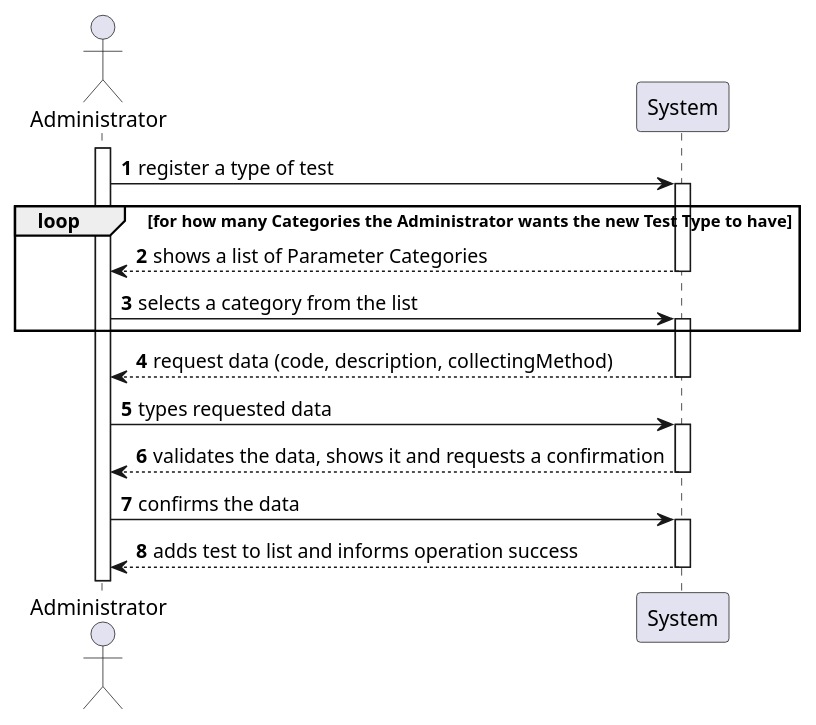
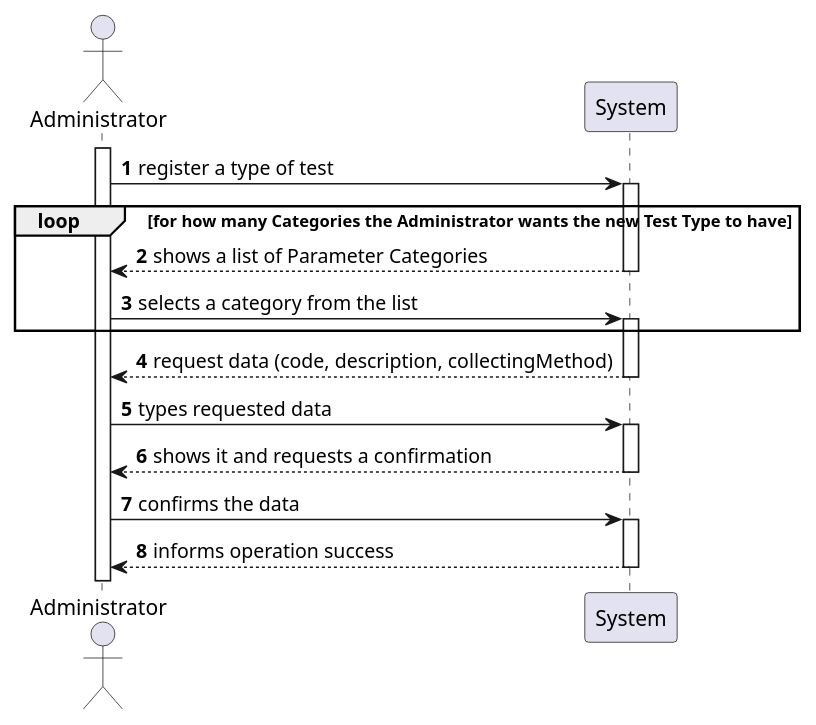
The diagram in docs/SprintC/US09/US09-SSD.puml (0franciscor/lei-21-s2-1de-g19), drawn with PlantUML before and after one commit. The commit also changed 1 other file, not shown here.

Commit message:
[US09] - Alteração do diagrama SSD

```diff
--- a/docs/SprintC/US09/US09-SSD.puml
+++ b/docs/SprintC/US09/US09-SSD.puml
@@ -1,20 +1,20 @@
 @startuml
 'https://plantuml.com/sequence-diagram
 
 autonumber
 
 actor "Administrator" as admin
 activate admin
 
 admin -> System ++: register a type of test
 loop for how many Categories the Administrator wants the new Test Type to have
 System --> admin --: shows a list of Parameter Categories
 admin -> System ++: selects a category from the list
 end
 System -->  admin --: request data (code, description, collectingMethod)
 admin ->  System ++: types requested data
-System --> admin --: validates the data, shows it and requests a confirmation
+System --> admin --: shows it and requests a confirmation
 admin -> System ++: confirms the data
-System --> admin --: adds test to list and informs operation success
+System --> admin --: informs operation success
 
 @enduml
```
